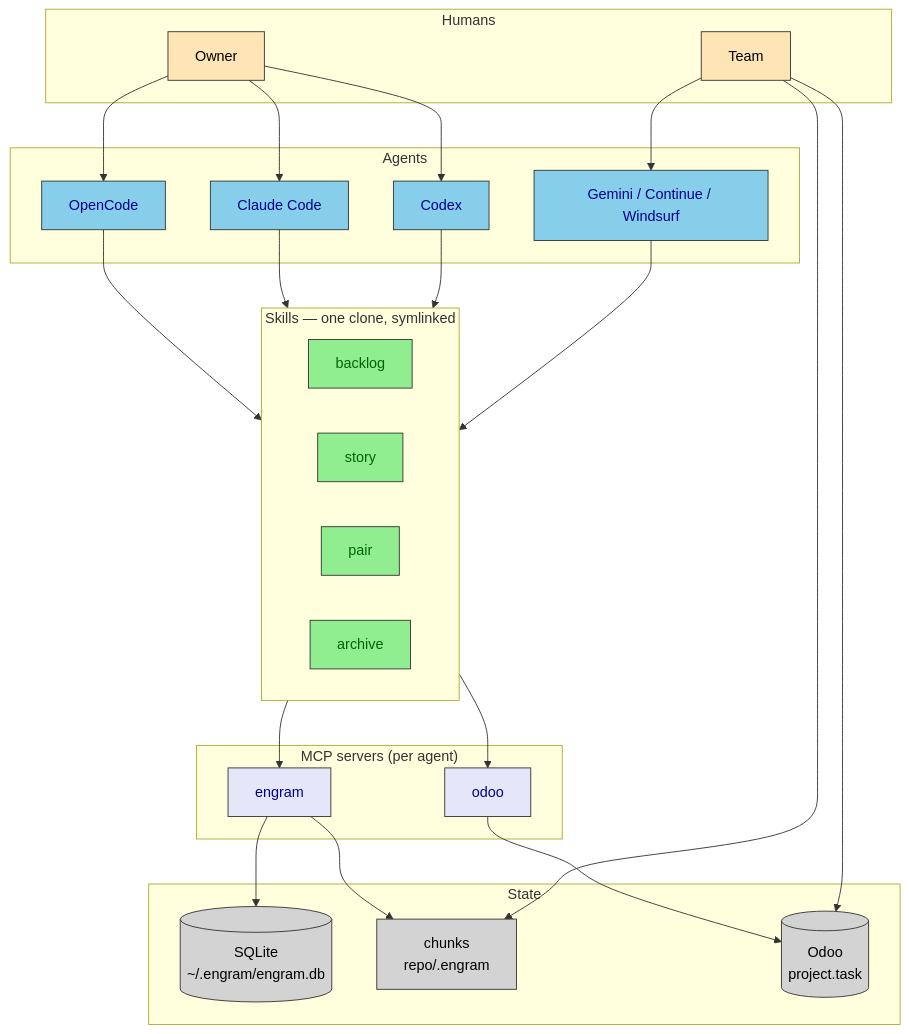
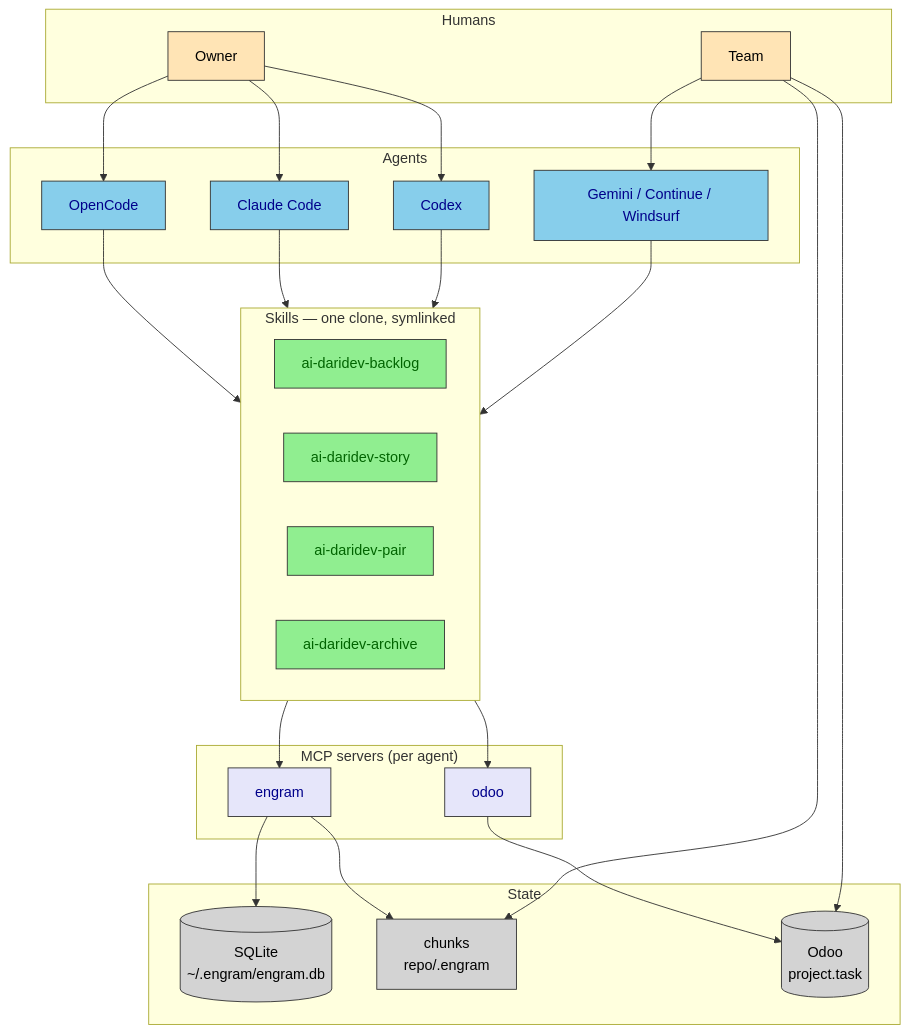
The first of 4 diagrams in docs/architecture.md (darideveloper/ai-daridev), drawn with Mermaid before and after one commit. The commit also changed other lines of this file and 25 other files, not shown here.

````diff
--- a/docs/architecture.md
+++ b/docs/architecture.md
@@ -6,49 +6,49 @@
 ```mermaid
 flowchart TB
     subgraph HUMANS["Humans"]
         OWNER["Owner"]
         TEAM["Team"]
     end
     subgraph AGENTS["Agents"]
         OC["OpenCode"]
         CC["Claude Code"]
         CX["Codex"]
         OTH["Gemini / Continue / Windsurf"]
     end
     subgraph SKILLS["Skills — one clone, symlinked"]
-        BL["backlog"]
-        ST["story"]
-        PR["pair"]
-        AR["archive"]
+        BL["ai-daridev-backlog"]
+        ST["ai-daridev-story"]
+        PR["ai-daridev-pair"]
+        AR["ai-daridev-archive"]
     end
     subgraph MCP["MCP servers (per agent)"]
         EM["engram"]
         OM["odoo"]
     end
     subgraph STORE["State"]
         DB[("SQLite<br/>~/.engram/engram.db")]
         CH["chunks<br/>repo/.engram"]
         OD[("Odoo<br/>project.task")]
     end
 
     OWNER --> OC & CC & CX
     TEAM --> OTH
     OC & CC & CX & OTH --> SKILLS
     SKILLS --> EM & OM
     EM --> DB
     EM --> CH
     OM --> OD
     TEAM --> OD
     TEAM --> CH
 
     classDef human fill:#FFE4B5,stroke:#333,color:black
     classDef agent fill:#87CEEB,stroke:#333,color:darkblue
     classDef skill fill:#90EE90,stroke:#333,color:darkgreen
     classDef mcp fill:#E6E6FA,stroke:#333,color:darkblue
     classDef store fill:#D3D3D3,stroke:#333,color:black
     class OWNER,TEAM human
     class OC,CC,CX,OTH agent
     class BL,ST,PR,AR skill
     class EM,OM mcp
     class DB,CH,OD store
 ```
````
